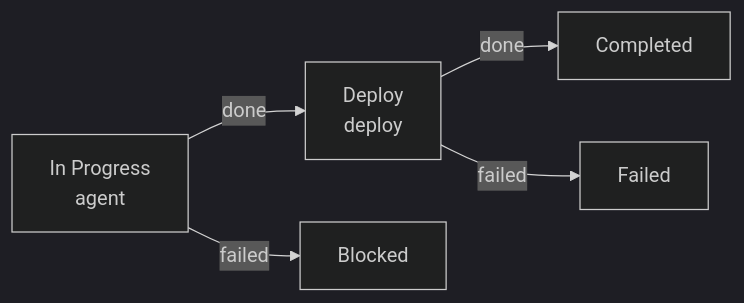
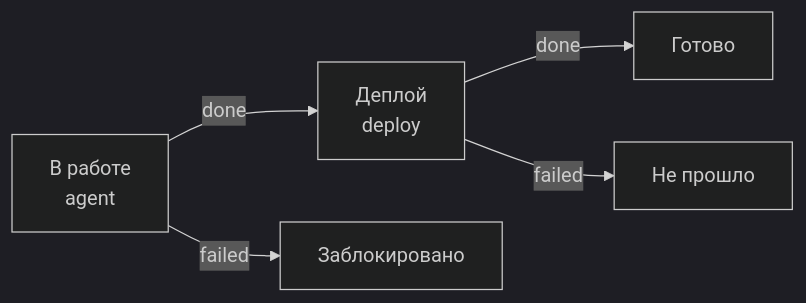
The fourth of 5 diagrams in docs/flows.md (artipop/xciii), drawn with Mermaid (dark theme) before and after one commit. The commit also changed other lines of this file and 19 other files, not shown here.

````diff
--- a/docs/flows.md
+++ b/docs/flows.md
@@ -145,7 +145,7 @@
 ```mermaid
 flowchart LR
-    P["In Progress<br/>agent"] -->|done| D["Deploy<br/>deploy"]
-    P -->|failed| B["Blocked"]
-    D -->|done| C["Completed"]
-    D -->|failed| F["Failed"]
+    P["В работе<br/>agent"] -->|done| D["Деплой<br/>deploy"]
+    P -->|failed| B["Заблокировано"]
+    D -->|done| C["Готово"]
+    D -->|failed| F["Не прошло"]
 ```
````
